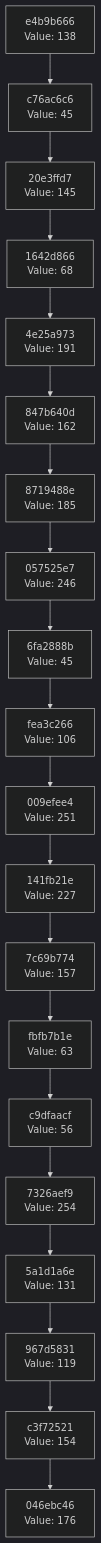
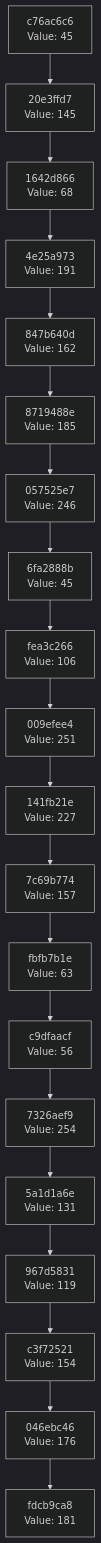
Before and after one commit to Abhisheksinha1506/hash-chain-evolver: the diagram in docs/CHAIN_VISUALIZATION.md, drawn with Mermaid (dark theme). The commit also changed 2 other files, not shown here.

Commit message:
Evolution Step

````diff
--- a/docs/CHAIN_VISUALIZATION.md
+++ b/docs/CHAIN_VISUALIZATION.md
@@ -3,42 +3,42 @@
 ```mermaid
 graph TD
-    C0["046ebc46<br/>Value: 176"]
-    C1["c3f72521<br/>Value: 154"]
+    C0["fdcb9ca8<br/>Value: 181"]
+    C1["046ebc46<br/>Value: 176"]
     C1 --> C0
-    C2["967d5831<br/>Value: 119"]
+    C2["c3f72521<br/>Value: 154"]
     C2 --> C1
-    C3["5a1d1a6e<br/>Value: 131"]
+    C3["967d5831<br/>Value: 119"]
     C3 --> C2
-    C4["7326aef9<br/>Value: 254"]
+    C4["5a1d1a6e<br/>Value: 131"]
     C4 --> C3
-    C5["c9dfaacf<br/>Value: 56"]
+    C5["7326aef9<br/>Value: 254"]
     C5 --> C4
-    C6["fbfb7b1e<br/>Value: 63"]
+    C6["c9dfaacf<br/>Value: 56"]
     C6 --> C5
-    C7["7c69b774<br/>Value: 157"]
+    C7["fbfb7b1e<br/>Value: 63"]
     C7 --> C6
-    C8["141fb21e<br/>Value: 227"]
+    C8["7c69b774<br/>Value: 157"]
     C8 --> C7
-    C9["009efee4<br/>Value: 251"]
+    C9["141fb21e<br/>Value: 227"]
     C9 --> C8
-    C10["fea3c266<br/>Value: 106"]
+    C10["009efee4<br/>Value: 251"]
     C10 --> C9
-    C11["6fa2888b<br/>Value: 45"]
+    C11["fea3c266<br/>Value: 106"]
     C11 --> C10
-    C12["057525e7<br/>Value: 246"]
+    C12["6fa2888b<br/>Value: 45"]
     C12 --> C11
-    C13["8719488e<br/>Value: 185"]
+    C13["057525e7<br/>Value: 246"]
     C13 --> C12
-    C14["847b640d<br/>Value: 162"]
+    C14["8719488e<br/>Value: 185"]
     C14 --> C13
-    C15["4e25a973<br/>Value: 191"]
+    C15["847b640d<br/>Value: 162"]
     C15 --> C14
-    C16["1642d866<br/>Value: 68"]
+    C16["4e25a973<br/>Value: 191"]
     C16 --> C15
-    C17["20e3ffd7<br/>Value: 145"]
+    C17["1642d866<br/>Value: 68"]
     C17 --> C16
-    C18["c76ac6c6<br/>Value: 45"]
+    C18["20e3ffd7<br/>Value: 145"]
     C18 --> C17
-    C19["e4b9b666<br/>Value: 138"]
+    C19["c76ac6c6<br/>Value: 45"]
     C19 --> C18
 ```
````
